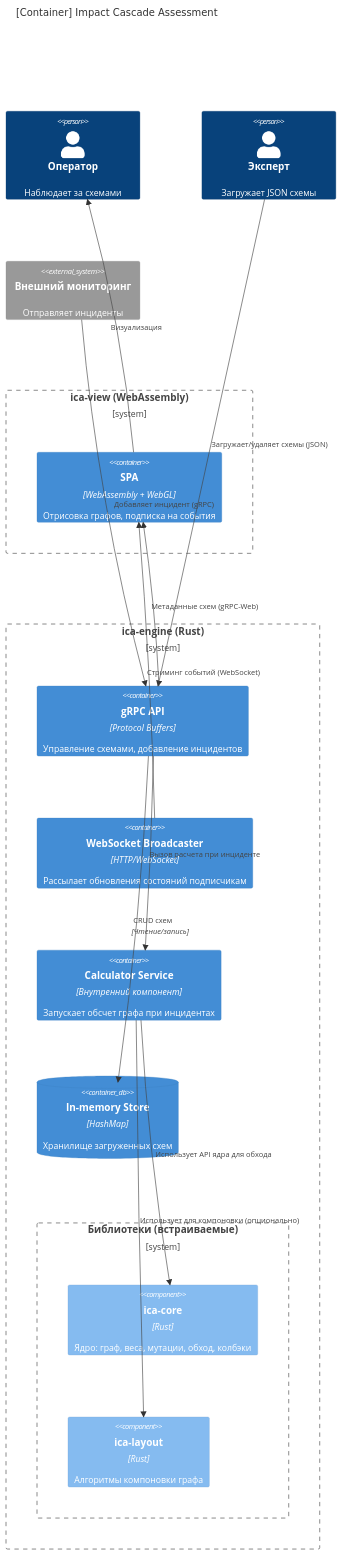
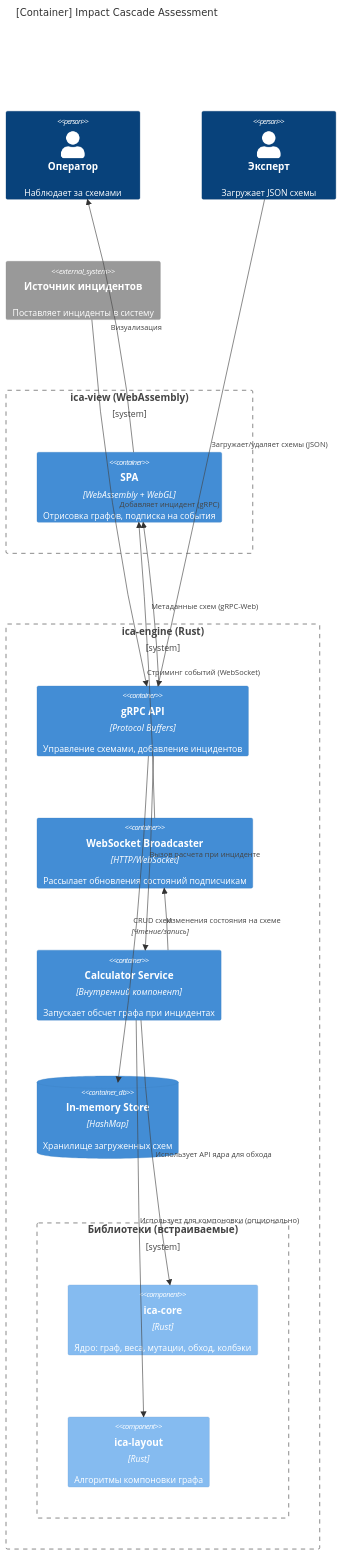
Before and after one commit to const-z/ica: the second of 3 diagrams in README.md, drawn with Mermaid. The commit also changed other lines of this file and 2 other files, not shown here.

Commit message:
some fixes

````diff
--- a/README.md
+++ b/README.md
@@ -88,44 +88,45 @@
 ```mermaid
 
 C4Container
     title [Container] Impact Cascade Assessment
 
     Person(user, "Оператор", "Наблюдает за схемами")
     Person(expert, "Эксперт", "Загружает JSON схемы")
-    System_Ext(monitoring, "Внешний мониторинг", "Отправляет инциденты")
+    System_Ext(monitoring, "Источник инцидентов", "Поставляет инциденты в систему")
 
     Boundary(client, "ica-view (WebAssembly)") {
         Container(web_app, "SPA", "WebAssembly + WebGL", "Отрисовка графов, подписка на события")
     }
 
     Boundary(engine, "ica-engine (Rust)") {
         Container(grpc_api, "gRPC API", "Protocol Buffers", "Управление схемами, добавление инцидентов")
         Container(ws_broadcaster, "WebSocket Broadcaster", "HTTP/WebSocket", "Рассылает обновления состояний подписчикам")
         Container(calculator, "Calculator Service", "Внутренний компонент", "Запускает обсчет графа при инцидентах")
 
         Boundary(libs, "Библиотеки (встраиваемые)") {
             Component(ica_core, "ica-core", "Rust", "Ядро: граф, веса, мутации, обход, колбэки")
             Component(ica_layout, "ica-layout", "Rust", "Алгоритмы компоновки графа")
         }
 
         ContainerDb(schema_store, "In-memory Store", "HashMap", "Хранилище загруженных схем")
     }
 
 
 
     Rel(expert, grpc_api, "Загружает/удаляет схемы (JSON)")
     Rel(monitoring, grpc_api, "Добавляет инцидент (gRPC)")
 
     Rel(grpc_api, schema_store, "CRUD схем", "Чтение/запись")
     Rel(grpc_api, calculator, "Вызов расчета при инциденте")
 
     Rel(calculator, ica_core, "Использует API ядра для обхода")
     Rel(calculator, ica_layout, "Использует для компоновки (опционально)")
 
     Rel(ws_broadcaster, web_app, "Стриминг событий (WebSocket)")
+    Rel(calculator, ws_broadcaster, "Изменения состояния на схеме")
     Rel(grpc_api, web_app, "Метаданные схем (gRPC-Web)")
 
     Rel(web_app, user, "Визуализация")
 
     UpdateLayoutConfig($c4ShapeInRow="3", $c4BoundaryInRow="1")
 ```
````
